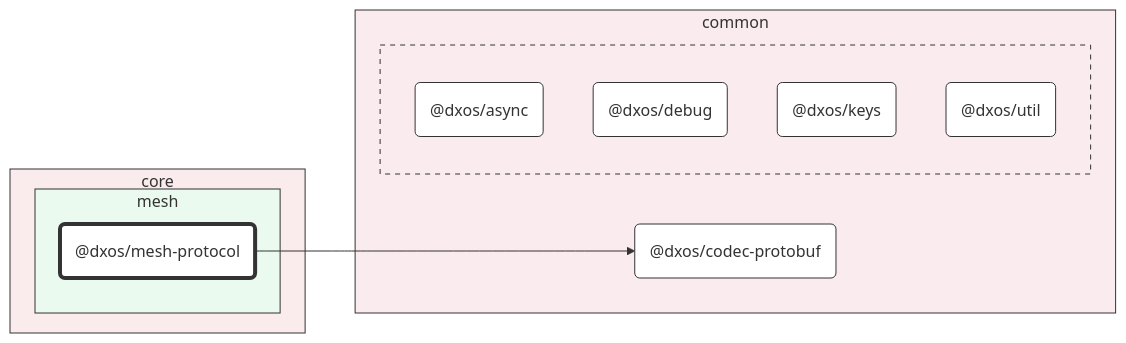
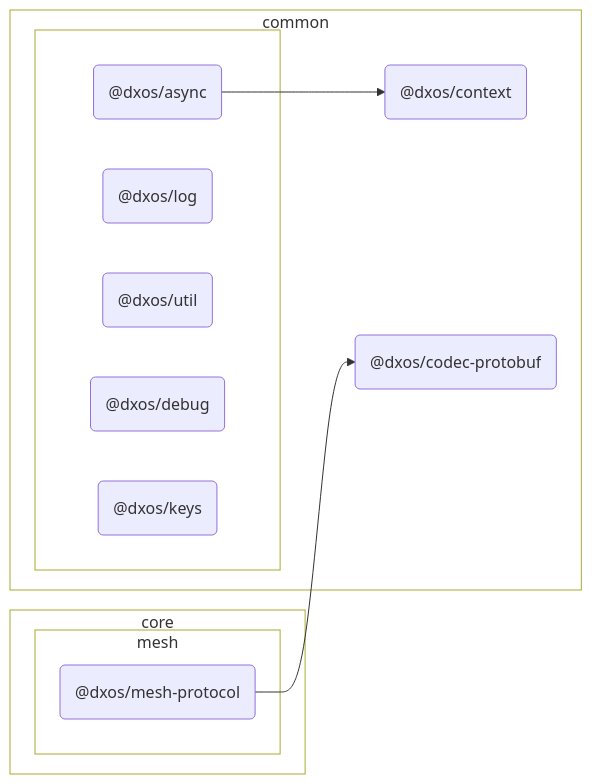
Before and after one commit to dxos/dxos: the diagram in packages/core/mesh/mesh-protocol/docs/README.md, drawn with Mermaid. The commit also changed other lines of this file and 127 other files, not shown here.

````diff
--- a/packages/core/mesh/mesh-protocol/docs/README.md
+++ b/packages/core/mesh/mesh-protocol/docs/README.md
@@ -7,43 +7,47 @@
 ```mermaid
 %%{ init: {'flowchart':{'curve':'basis'}} }%%
 
 flowchart LR
 
 %% Classes
-classDef def fill:#fff,stroke:#333,stroke-width:1px
-classDef root fill:#fff,stroke:#333,stroke-width:4px
+
+
 
 %% Nodes
 
 subgraph core [core]
-  style core fill:#faebec,stroke:#333
+  style core fill:transparent
 
   subgraph mesh [mesh]
-    style mesh fill:#ebfaef,stroke:#333
+    style mesh fill:transparent
     dxos/mesh-protocol("@dxos/mesh-protocol"):::root
     click dxos/mesh-protocol "dxos/dxos/tree/main/packages/core/mesh/mesh-protocol/docs"
   end
 end
 
 subgraph common [common]
-  style common fill:#faebee,stroke:#333
+  style common fill:transparent
+  dxos/context("@dxos/context"):::def
+  click dxos/context "dxos/dxos/tree/main/packages/common/context/docs"
   dxos/codec-protobuf("@dxos/codec-protobuf"):::def
   click dxos/codec-protobuf "dxos/dxos/tree/main/packages/common/codec-protobuf/docs"
 
   subgraph _ [ ]
-    style _ fill:#faebee,stroke:#333,stroke-dasharray:5 5
+    style _ fill:transparent
     dxos/async("@dxos/async"):::def
     click dxos/async "dxos/dxos/tree/main/packages/common/async/docs"
+    dxos/log("@dxos/log"):::def
+    click dxos/log "dxos/dxos/tree/main/packages/common/log/docs"
+    dxos/util("@dxos/util"):::def
+    click dxos/util "dxos/dxos/tree/main/packages/common/util/docs"
     dxos/debug("@dxos/debug"):::def
     click dxos/debug "dxos/dxos/tree/main/packages/common/debug/docs"
     dxos/keys("@dxos/keys"):::def
     click dxos/keys "dxos/dxos/tree/main/packages/common/keys/docs"
-    dxos/util("@dxos/util"):::def
-    click dxos/util "dxos/dxos/tree/main/packages/common/util/docs"
   end
 end
 
 %% Links
-linkStyle default stroke:#333,stroke-width:1px
+dxos/async --> dxos/context
 dxos/mesh-protocol --> dxos/codec-protobuf
 ```
````
